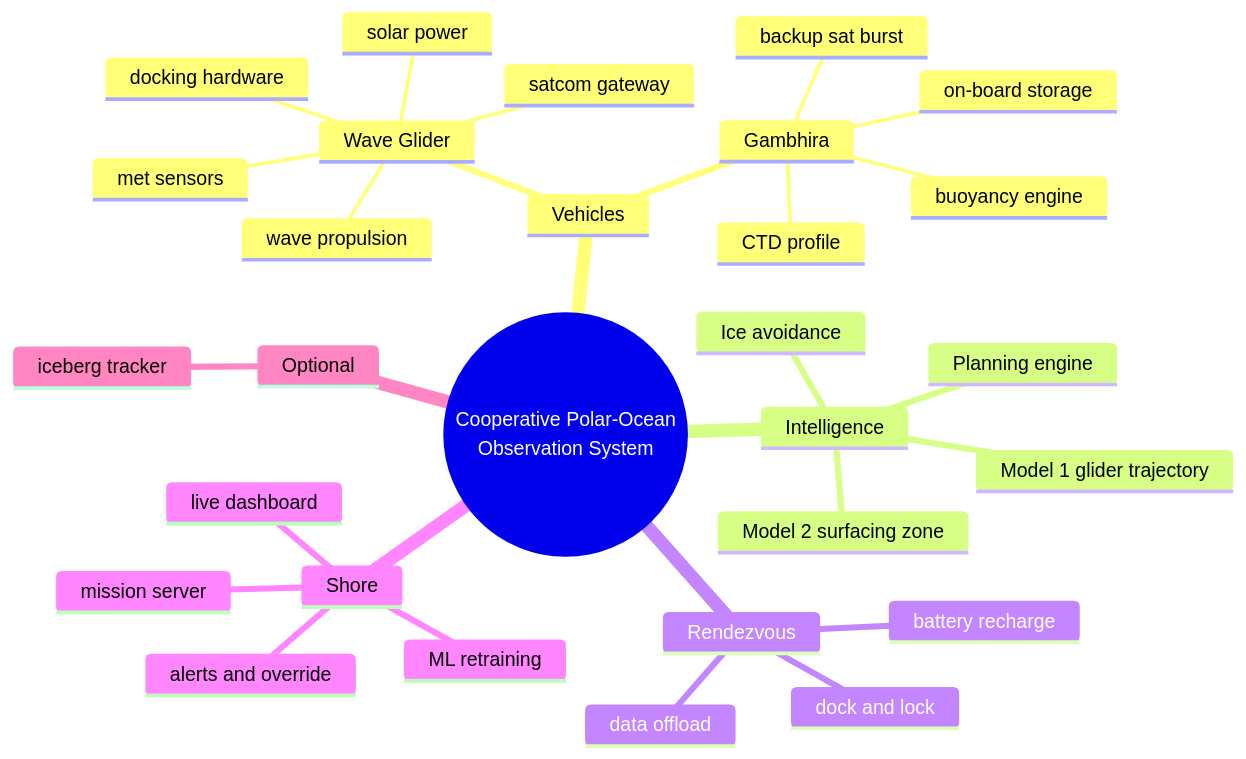
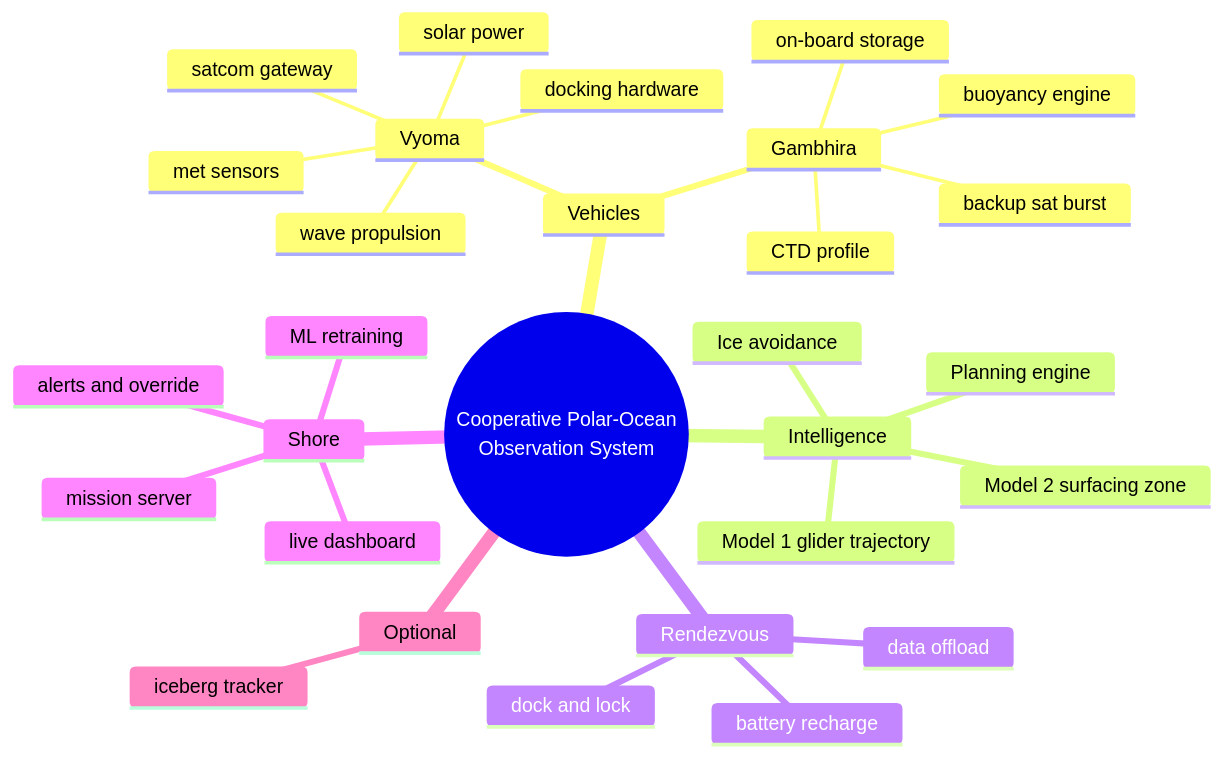
The second of 34 diagrams in README.md (DAnuraag/Dhakshin), drawn with Mermaid before and after one commit. The commit also changed other lines of this file, not shown here.

````diff
--- a/README.md
+++ b/README.md
@@ -733,32 +733,32 @@
 ```mermaid
 mindmap
   root((Cooperative Polar-Ocean<br/>Observation System))
     Vehicles
-      Wave Glider
+      Vyoma
         wave propulsion
         solar power
         met sensors
         satcom gateway
         docking hardware
       Gambhira
         buoyancy engine
         CTD profile
         on-board storage
         backup sat burst
     Intelligence
       Model 1 glider trajectory
       Model 2 surfacing zone
       Planning engine
       Ice avoidance
     Rendezvous
       dock and lock
       data offload
       battery recharge
     Shore
       mission server
       ML retraining
       live dashboard
       alerts and override
     Optional
       iceberg tracker
 ```
````
